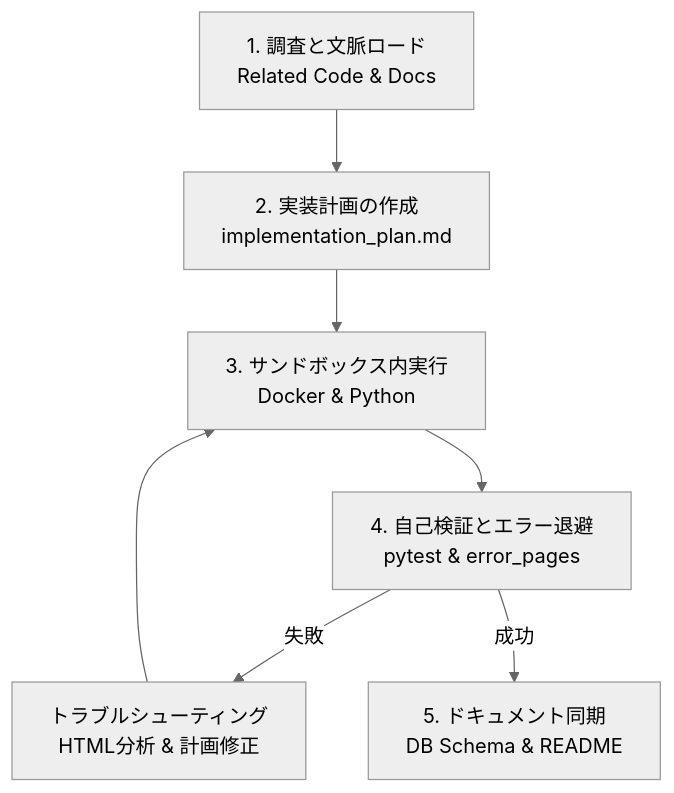
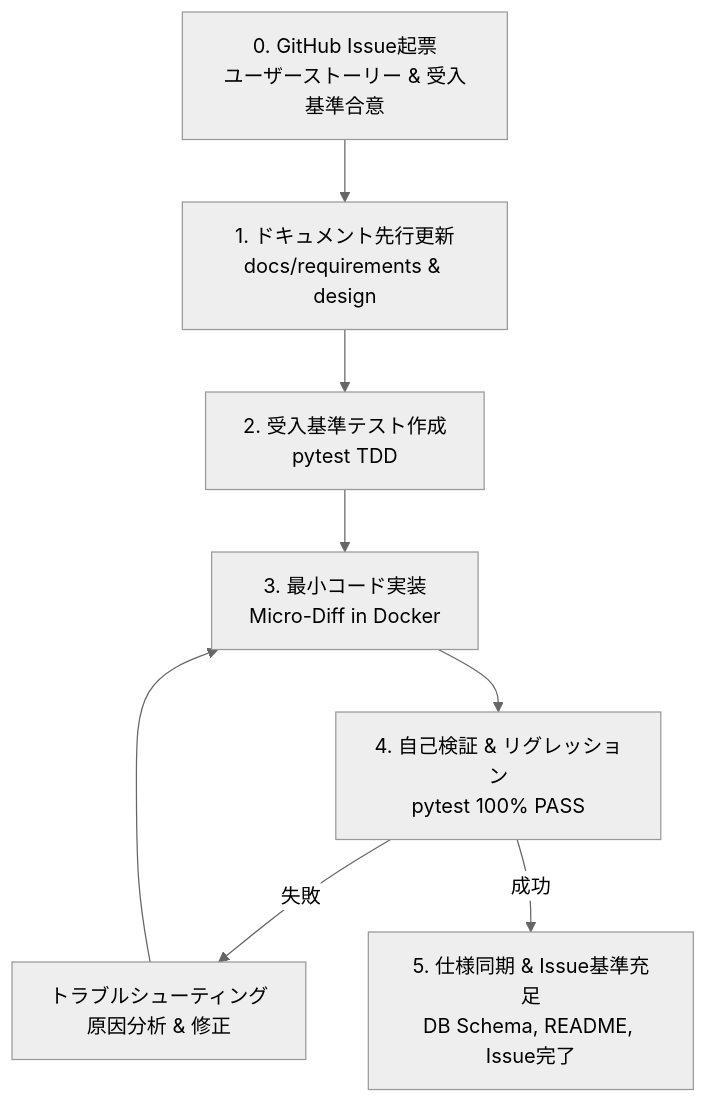
Before and after one commit to AnaharaYasuo/realestate_crawler: the diagram in docs/implementation/ai_developer_guide.md, drawn with Mermaid (neutral theme). The commit also changed other lines of this file and 27 other files, not shown here.

````diff
--- a/docs/implementation/ai_developer_guide.md
+++ b/docs/implementation/ai_developer_guide.md
@@ -38,9 +42,10 @@
 ```mermaid
 graph TD
-    A[1. 調査と文脈ロード<br>Related Code & Docs] --> B[2. 実装計画の作成<br>implementation_plan.md]
-    B --> C[3. サンドボックス内実行<br>Docker & Python]
-    C --> D[4. 自己検証とエラー退避<br>pytest & error_pages]
-    D -->|失敗| E[トラブルシューティング<br>HTML分析 & 計画修正]
-    E --> C
-    D -->|成功| F[5. ドキュメント同期<br>DB Schema & README]
+    A[0. GitHub Issue起票<br>ユーザーストーリー & 受入基準合意] --> B[1. ドキュメント先行更新<br>docs/requirements & design]
+    B --> C[2. 受入基準テスト作成<br>pytest TDD]
+    C --> D[3. 最小コード実装<br>Micro-Diff in Docker]
+    D --> E[4. 自己検証 & リグレッション<br>pytest 100% PASS]
+    E -->|失敗| F[トラブルシューティング<br>原因分析 & 修正]
+    F --> D
+    E -->|成功| G[5. 仕様同期 & Issue基準充足<br>DB Schema, README, Issue完了]
 ```
````
